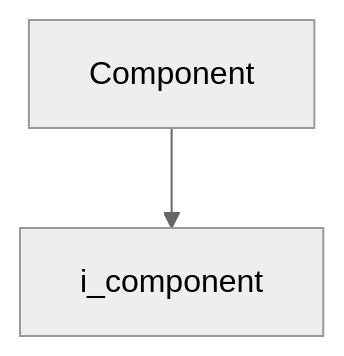
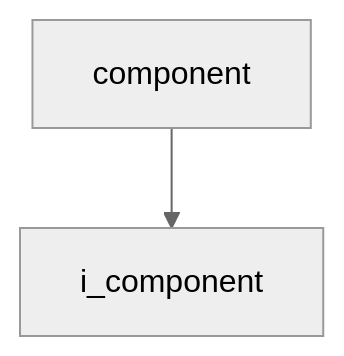
One commit to kasper-szczerba/autonomous_control_system_wiki changed the first of 2 diagrams in docs/codebase/namespaces/core/implementation/component.md. Above: the diagram before and after it, drawn with Mermaid (neutral theme). The commit also changed other lines of this file and 41 other files, not shown here.

````diff
--- a/docs/codebase/namespaces/core/implementation/component.md
+++ b/docs/codebase/namespaces/core/implementation/component.md
@@ -15,5 +15,5 @@
 ```mermaid
 graph TD
-    component["Component"]
-    component["Component"] --> i_component["i_component"]
+    component["component"]
+    component["component"] --> i_component["i_component"]
 ```
````
